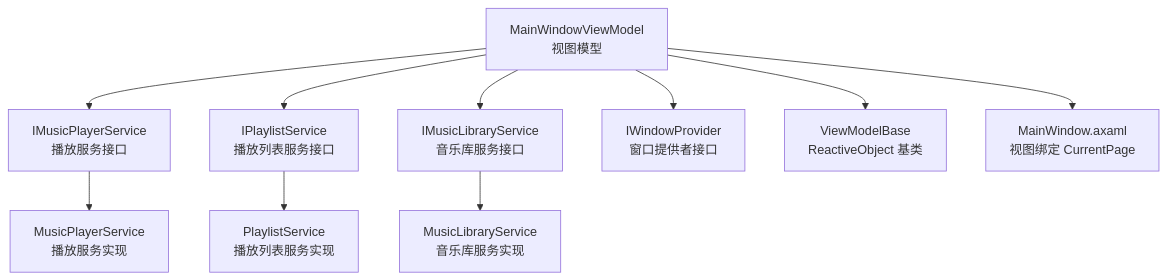
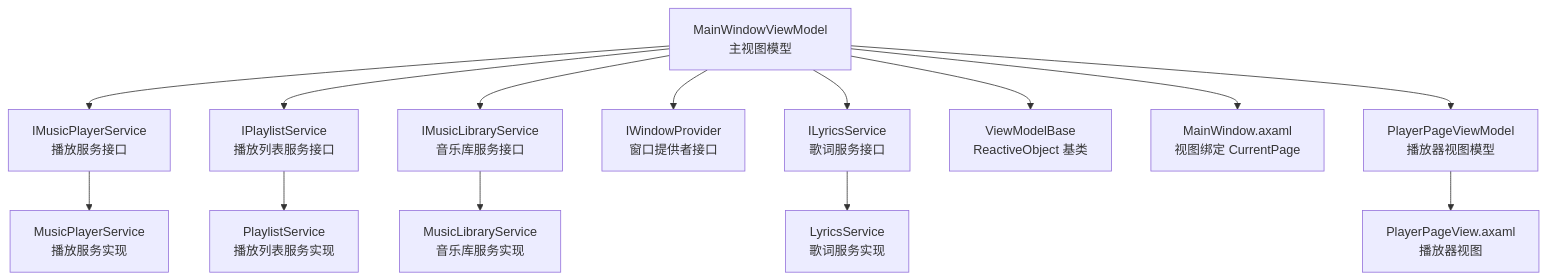
One commit to mariamjensen42-glitch/LocalMusicPlayer changed the first of 10 diagrams in .qoder/repowiki/zh/content/视图模型层/主窗口视图模型.md. Above: the diagram before and after it, drawn with Mermaid. The commit also changed other lines of this file and 23 other files, not shown here.

````diff
--- a/.qoder/repowiki/zh/content/视图模型层/主窗口视图模型.md
+++ b/.qoder/repowiki/zh/content/视图模型层/主窗口视图模型.md
@@ -44,12 +58,16 @@
 ```mermaid
 graph TB
-VM["MainWindowViewModel<br/>视图模型"] --> MP["IMusicPlayerService<br/>播放服务接口"]
+VM["MainWindowViewModel<br/>主视图模型"] --> MP["IMusicPlayerService<br/>播放服务接口"]
 VM --> PL["IPlaylistService<br/>播放列表服务接口"]
 VM --> ML["IMusicLibraryService<br/>音乐库服务接口"]
 VM --> WP["IWindowProvider<br/>窗口提供者接口"]
+VM --> LS["ILyricsService<br/>歌词服务接口"]
 MP --> MPS["MusicPlayerService<br/>播放服务实现"]
 PL --> PLS["PlaylistService<br/>播放列表服务实现"]
 ML --> MLS["MusicLibraryService<br/>音乐库服务实现"]
+LS --> LSS["LyricsService<br/>歌词服务实现"]
 VM --> VMBase["ViewModelBase<br/>ReactiveObject 基类"]
 VM --> View["MainWindow.axaml<br/>视图绑定 CurrentPage"]
+VM --> PlayerVM["PlayerPageViewModel<br/>播放器视图模型"]
+PlayerVM --> LPView["PlayerPageView.axaml<br/>播放器视图"]
 ```
````
